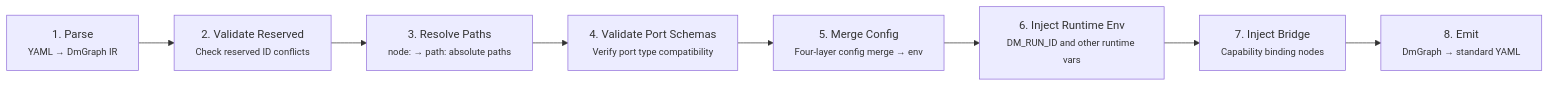
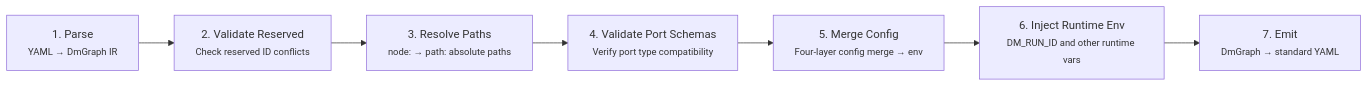
Before and after one commit to l1veIn/dora-manager: the fourth of 7 diagrams in wiki/zh/en/05-dataflow-concept.md, drawn with Mermaid. The commit also changed other lines of this file and 29 other files, not shown here.

First line of the commit message:
docs: remove bridge references from wiki, update for SDK architecture

````diff
--- a/wiki/zh/en/05-dataflow-concept.md
+++ b/wiki/zh/en/05-dataflow-concept.md
@@ -245,10 +245,9 @@
 ```mermaid
 flowchart LR
     A["1. Parse<br/><small>YAML → DmGraph IR</small>"] --> B["2. Validate Reserved<br/><small>Check reserved ID conflicts</small>"]
     B --> C["3. Resolve Paths<br/><small>node: → path: absolute paths</small>"]
     C --> D["4. Validate Port Schemas<br/><small>Verify port type compatibility</small>"]
     D --> E["5. Merge Config<br/><small>Four-layer config merge → env</small>"]
     E --> F["6. Inject Runtime Env<br/><small>DM_RUN_ID and other runtime vars</small>"]
-    F --> G["7. Inject Bridge<br/><small>Capability binding nodes</small>"]
-    G --> H["8. Emit<br/><small>DmGraph → standard YAML</small>"]
+    F --> G["7. Emit<br/><small>DmGraph → standard YAML</small>"]
 ```
````
